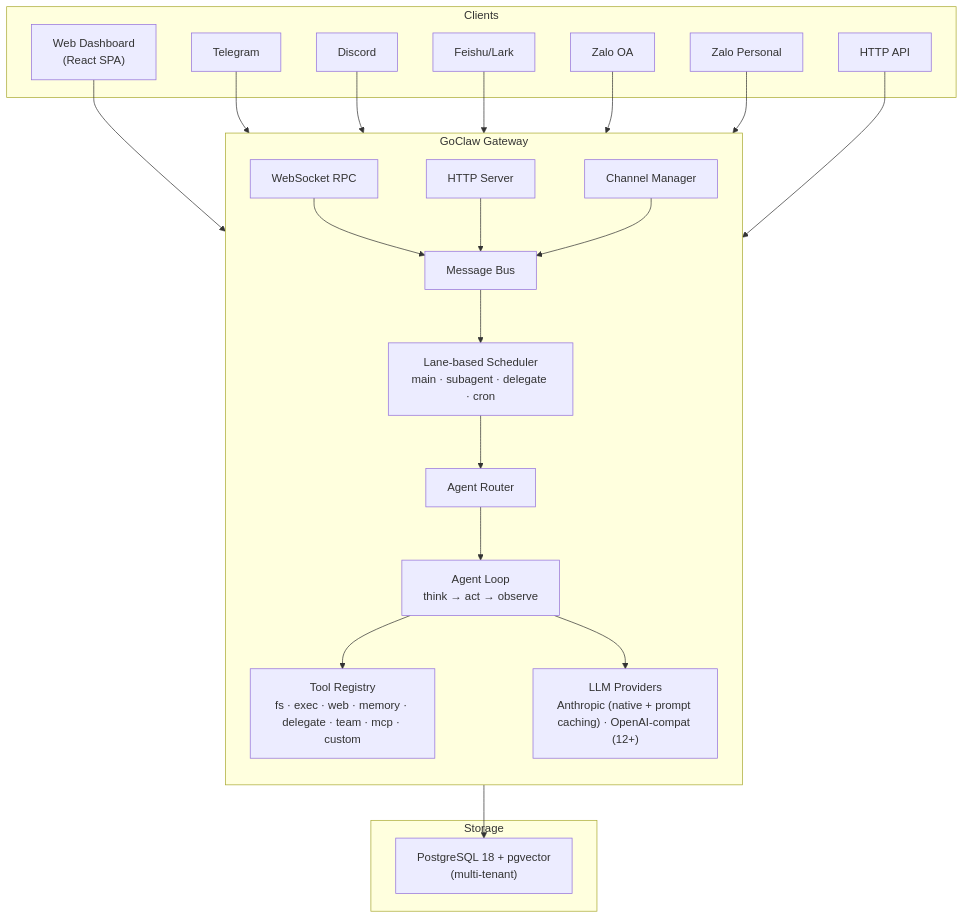
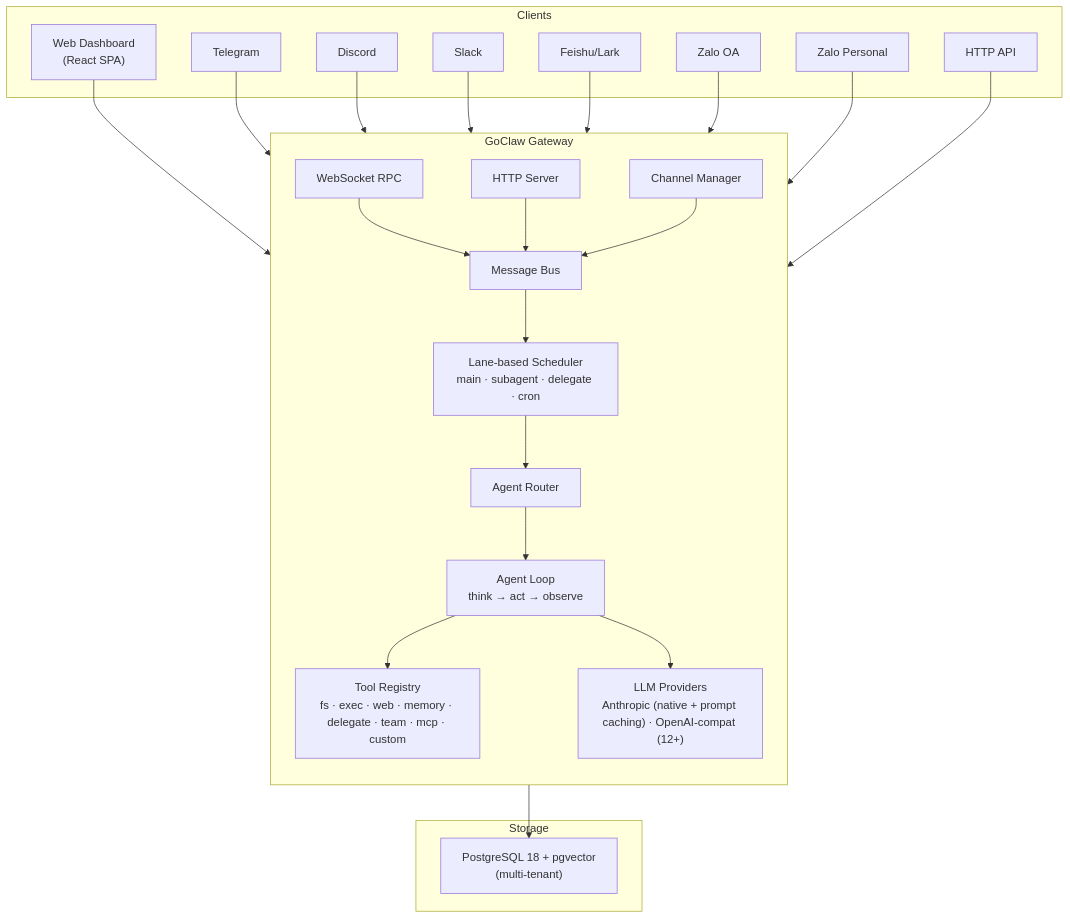
The first of 5 diagrams in README.md (qkhalk/goclaw), drawn with Mermaid before and after one commit. The commit also changed other lines of this file, not shown here.

````diff
--- a/README.md
+++ b/README.md
@@ -63,32 +64,33 @@
 ```mermaid
 graph TB
     subgraph Clients
         WEB["Web Dashboard<br/>(React SPA)"]
         TG["Telegram"]
         DC["Discord"]
+        SL["Slack"]
         FS["Feishu/Lark"]
         ZL["Zalo OA"]
         ZLP["Zalo Personal"]
         API["HTTP API"]
     end
 
     subgraph Gateway["GoClaw Gateway"]
         direction TB
         WS["WebSocket RPC"] & REST["HTTP Server"] & CM["Channel Manager"]
         WS & REST & CM --> BUS["Message Bus"]
         BUS --> SCHED["Lane-based Scheduler<br/>main · subagent · delegate · cron"]
         SCHED --> ROUTER["Agent Router"]
         ROUTER --> LOOP["Agent Loop<br/>think → act → observe"]
         LOOP --> TOOLS["Tool Registry<br/>fs · exec · web · memory · delegate · team · mcp · custom"]
         LOOP --> LLM["LLM Providers<br/>Anthropic (native + prompt caching) · OpenAI-compat (12+)"]
     end
 
     subgraph Storage
         PG["PostgreSQL 18 + pgvector<br/>(multi-tenant)"]
     end
 
     WEB --> WS
-    TG & DC & FS & ZL & ZLP --> CM
+    TG & DC & SL & FS & ZL & ZLP --> CM
     API --> REST
     LOOP --> PG
 ```
````
